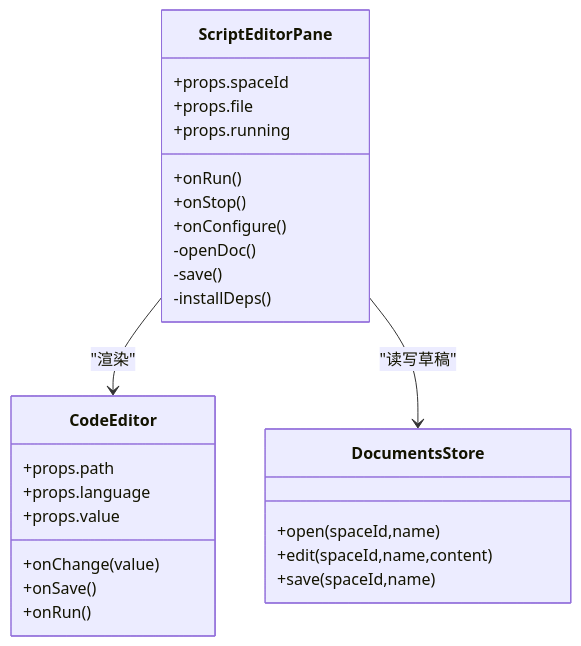
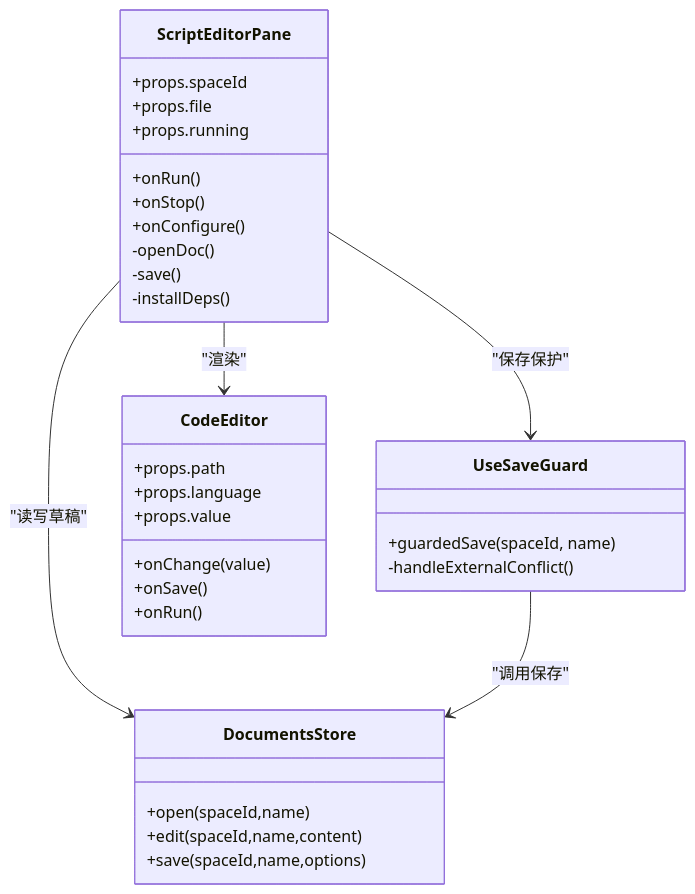
The fifth of 13 diagrams in .qoder/repowiki/zh/content/前端应用架构/页面组件/脚本编辑器页面/脚本编辑器页面.md (hozeeee/script-box), drawn with Mermaid before and after one commit. The commit also changed other lines of this file and 76 other files, not shown here.

````diff
--- a/.qoder/repowiki/zh/content/前端应用架构/页面组件/脚本编辑器页面/脚本编辑器页面.md
+++ b/.qoder/repowiki/zh/content/前端应用架构/页面组件/脚本编辑器页面/脚本编辑器页面.md
@@ -186,29 +252,35 @@
 ```mermaid
 classDiagram
 class ScriptEditorPane {
 +props.spaceId
 +props.file
 +props.running
 +onRun()
 +onStop()
 +onConfigure()
 -openDoc()
 -save()
 -installDeps()
 }
+class UseSaveGuard {
++guardedSave(spaceId, name)
+-handleExternalConflict()
+}
 class CodeEditor {
 +props.path
 +props.language
 +props.value
 +onChange(value)
 +onSave()
 +onRun()
 }
 class DocumentsStore {
 +open(spaceId,name)
 +edit(spaceId,name,content)
-+save(spaceId,name)
++save(spaceId,name,options)
 }
+ScriptEditorPane --> UseSaveGuard : "保存保护"
 ScriptEditorPane --> CodeEditor : "渲染"
 ScriptEditorPane --> DocumentsStore : "读写草稿"
+UseSaveGuard --> DocumentsStore : "调用保存"
 ```
````
